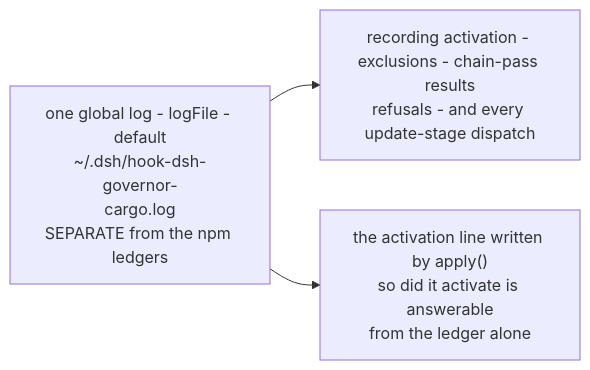
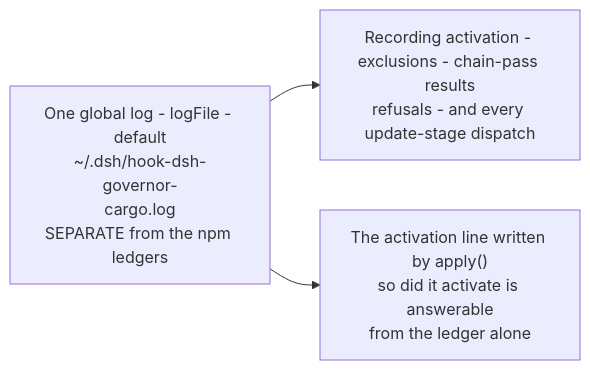
One commit to PlayForm/Site-DeepSeek changed the diagram in Source/Content/Mermaid/govcargo-ledger-log.mmd. Above: the diagram before and after it, drawn with Mermaid. The commit also changed 136 other files, not shown here.

```diff
--- a/Source/Content/Mermaid/govcargo-ledger-log.mmd
+++ b/Source/Content/Mermaid/govcargo-ledger-log.mmd
@@ -1,6 +1,6 @@
 flowchart LR
-	LOG["one global log - logFile - default<br/>~/.dsh/hook-dsh-governor-<br/>cargo.log<br/>SEPARATE from the npm ledgers"]
-	REC["recording activation - exclusions - chain-pass results<br/>refusals - and every update-stage dispatch"]
-	ACT["the activation line written by apply()<br/>so did it activate is answerable<br/>from the ledger alone"]
+	LOG["One global log - logFile - default<br/>~/.dsh/hook-dsh-governor-<br/>cargo.log<br/>SEPARATE from the npm ledgers"]
+	REC["Recording activation - exclusions - chain-pass results<br/>refusals - and every update-stage dispatch"]
+	ACT["The activation line written by apply()<br/>so did it activate is answerable<br/>from the ledger alone"]
 	LOG --> REC
 	LOG --> ACT
```
